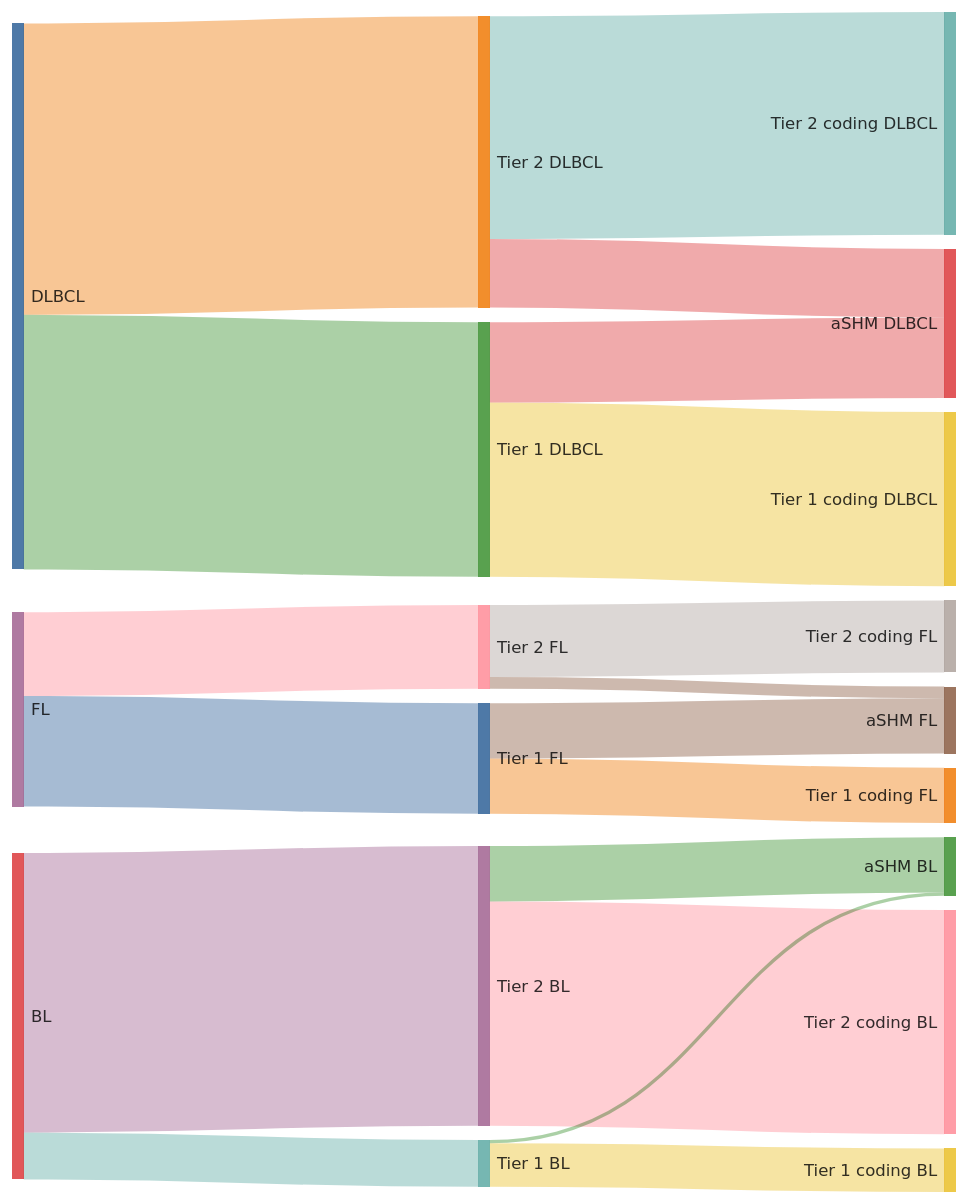
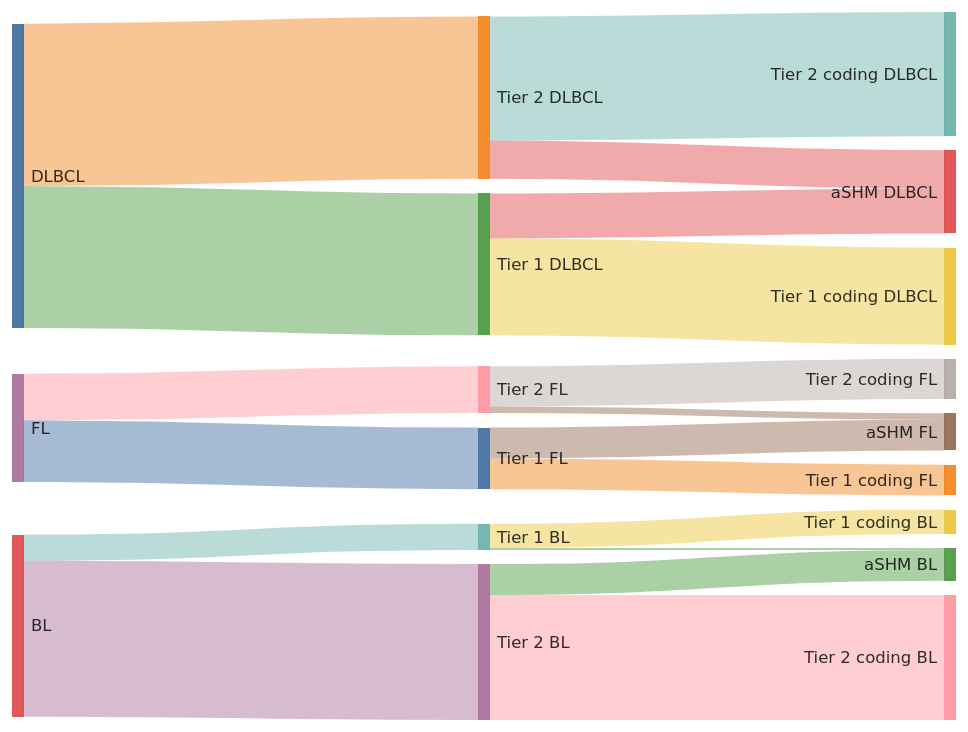
One commit to morinlab/lymphopedia changed the diagram in sankey_with_ashm.md. Above: the diagram before and after it, drawn with Mermaid.

Commit message:
Updated sankey_with_ashm (markdown)

````diff
--- a/sankey_with_ashm.md
+++ b/sankey_with_ashm.md
@@ -1,38 +1,38 @@
 ```mermaid
 ---
 config:
   sankey:
     showValues: false
     linkColor: target
     width: 800
-    height: 1000
+    height: 600
     nodeAlignment: right
 ---
 sankey-beta
 
 DLBCL, Tier 2 DLBCL, 174
 Tier 2 DLBCL, aSHM DLBCL, 41
 Tier 2 DLBCL, Tier 2 coding DLBCL, 133
 DLBCL, Tier 1 DLBCL, 152
 Tier 1 DLBCL, aSHM DLBCL, 48
 Tier 1 DLBCL, Tier 1 coding DLBCL, 104
 
 FL, Tier 2 FL, 50
 Tier 2 FL, aSHM FL, 7
 Tier 2 FL, Tier 2 coding FL, 43
 
 FL, Tier 1 FL, 66
 Tier 1 FL, aSHM FL, 33
 Tier 1 FL, Tier 1 coding FL, 33
 
 BL, Tier 1 BL, 28
 Tier 1 BL, aSHM BL, 2
 Tier 1 BL, Tier 1 coding BL, 26
 
 BL, Tier 2 BL, 167
 Tier 2 BL, aSHM BL, 33
 Tier 2 BL, Tier 2 coding BL, 134
 
 
 
 ```
````
